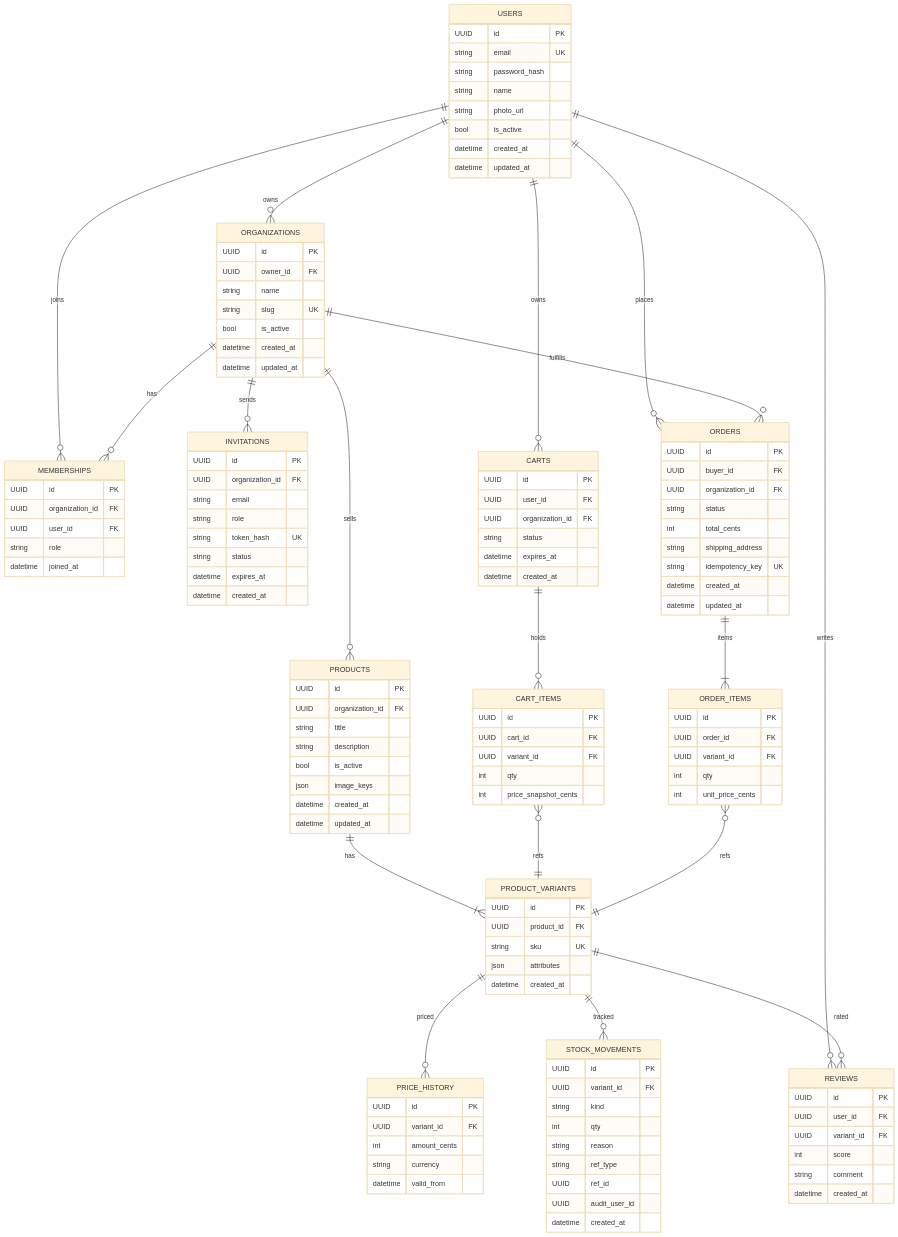
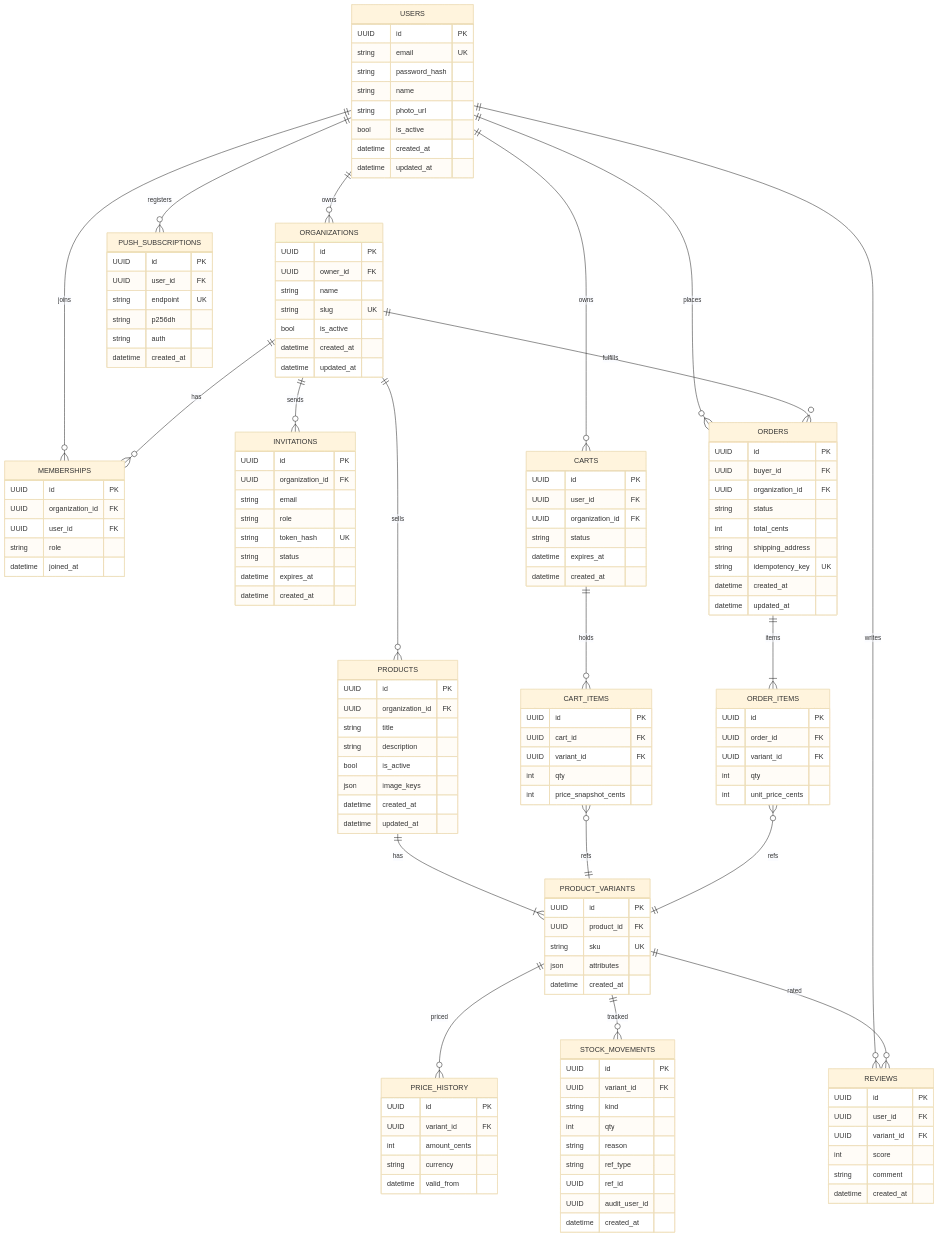
Before and after one commit to mauriciobenjamin700/tempest-fastapi-sdk: the second of 3 diagrams in docs/learning/marketplace/domain.en.md, drawn with Mermaid (base theme). The commit also changed other lines of this file and 15 other files, not shown here.

````diff
--- a/docs/learning/marketplace/domain.en.md
+++ b/docs/learning/marketplace/domain.en.md
@@ -171,6 +183,7 @@
     ORDER_ITEMS }o--|| PRODUCT_VARIANTS : "refs"
     USERS ||--o{ REVIEWS : "writes"
     PRODUCT_VARIANTS ||--o{ REVIEWS : "rated"
+    USERS ||--o{ PUSH_SUBSCRIPTIONS : "registers"
 
     USERS {
         UUID id PK
@@ -284,4 +297,12 @@
         string comment
         datetime created_at
     }
+    PUSH_SUBSCRIPTIONS {
+        UUID id PK
+        UUID user_id FK
+        string endpoint UK
+        string p256dh
+        string auth
+        datetime created_at
+    }
 ```
````
